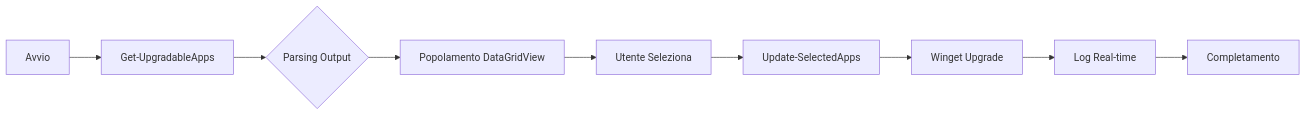
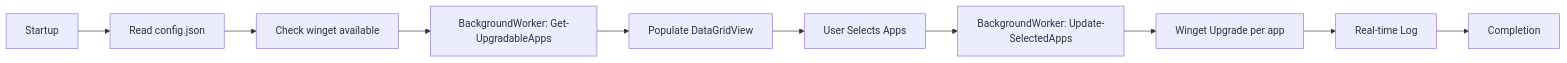
One commit to Fagghino/WinUp-WindowsAppUpdater changed the diagram in README.md. Above: the diagram before and after it, drawn with Mermaid. The commit also changed other lines of this file, not shown here.

````diff
--- a/README.md
+++ b/README.md
@@ -240,11 +214,12 @@
 ```mermaid
 graph LR
-    A[Avvio] --> B[Get-UpgradableApps]
-    B --> C{Parsing Output}
-    C --> D[Popolamento DataGridView]
-    D --> E[Utente Seleziona]
-    E --> F[Update-SelectedApps]
-    F --> G[Winget Upgrade]
-    G --> H[Log Real-time]
-    H --> I[Completamento]
+    A[Startup] --> B[Read config.json]
+    B --> C[Check winget available]
+    C --> D[BackgroundWorker: Get-UpgradableApps]
+    D --> E[Populate DataGridView]
+    E --> F[User Selects Apps]
+    F --> G[BackgroundWorker: Update-SelectedApps]
+    G --> H[Winget Upgrade per app]
+    H --> I[Real-time Log]
+    I --> J[Completion]
 ```
````
